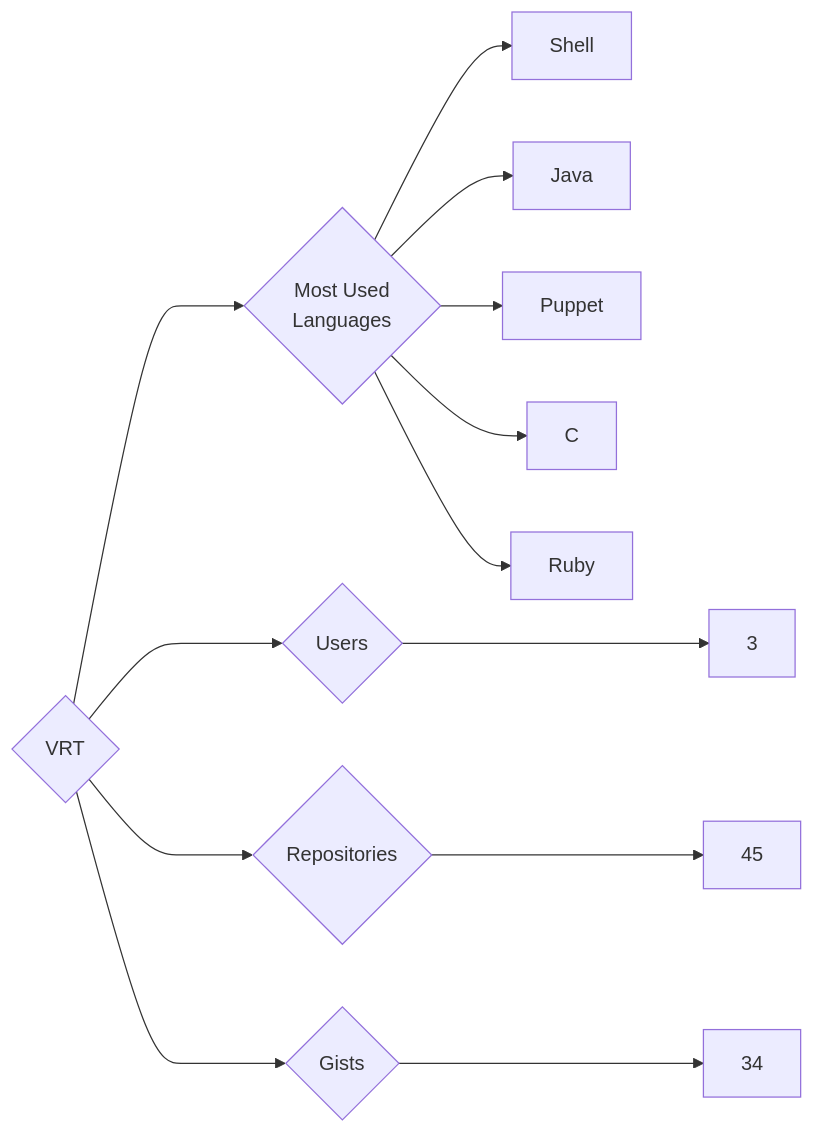
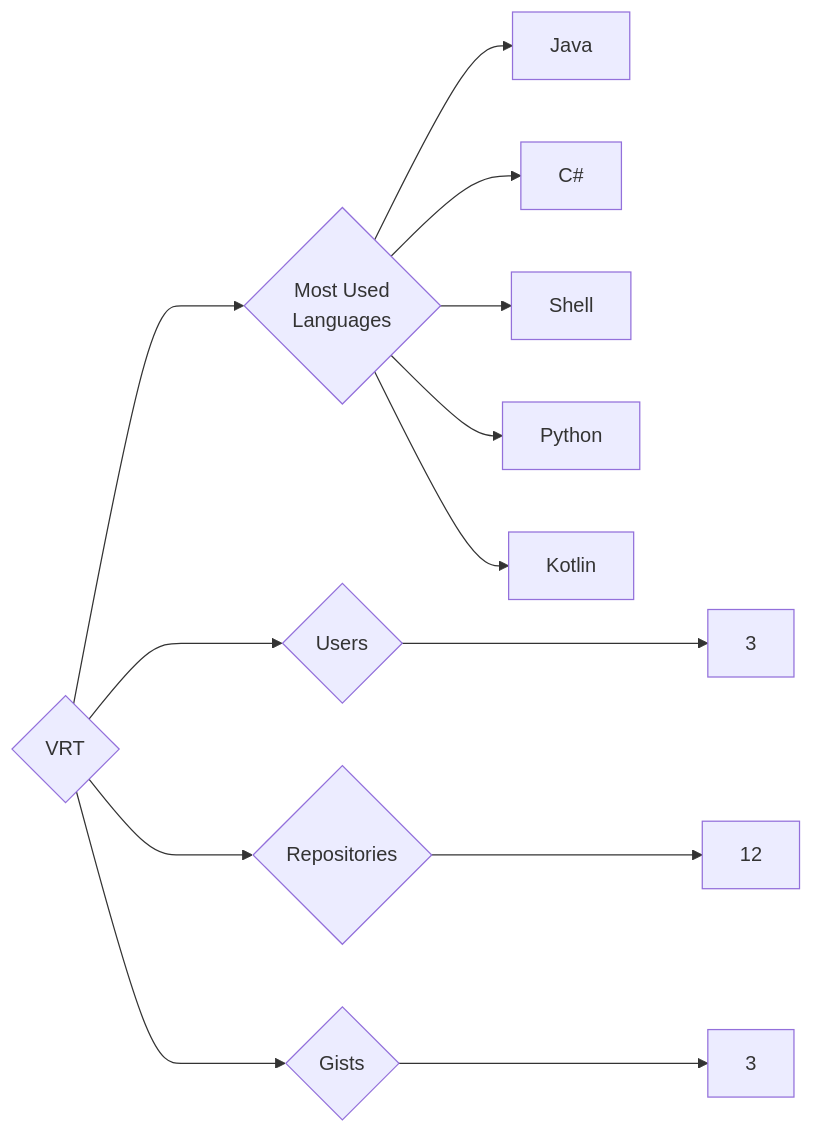
The diagram in targets/VRT/README.md (trickest/insiders), drawn with Mermaid before and after one commit. The commit also changed 1479 other files, not shown here.

````diff
--- a/targets/VRT/README.md
+++ b/targets/VRT/README.md
@@ -3,13 +3,13 @@
 ```mermaid
 graph LR
 COMPANY_NAME{VRT}
 COMPANY_NAME ---> U{Users} ---> UN[3]
-COMPANY_NAME ---> R{Repositories} ---> RN[45]
-COMPANY_NAME ---> G{Gists} ---> GN[34]
+COMPANY_NAME ---> R{Repositories} ---> RN[12]
+COMPANY_NAME ---> G{Gists} ---> GN[3]
 COMPANY_NAME ---> ML{Most Used<br>Languages}
+ML --> Java[Java]
+ML --> C#[C#]
 ML --> Shell[Shell]
-ML --> Java[Java]
-ML --> Puppet[Puppet]
-ML --> C[C]
-ML --> Ruby[Ruby]
+ML --> Python[Python]
+ML --> Kotlin[Kotlin]
 ```
````
